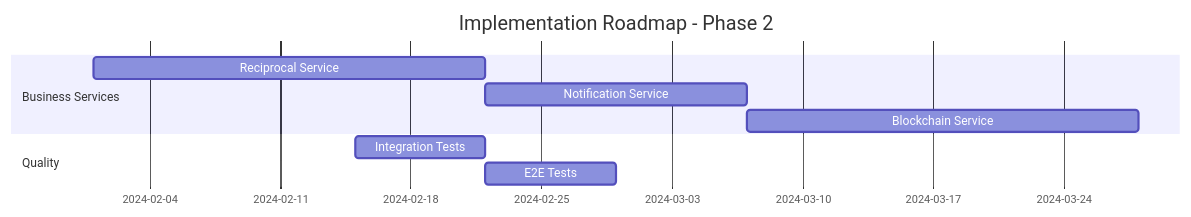
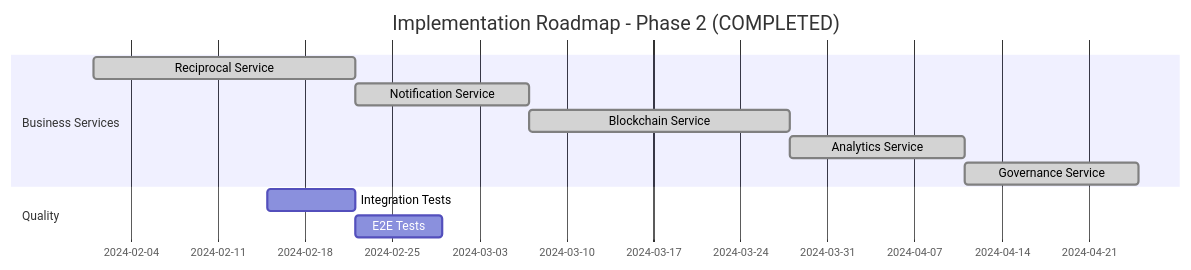
Before and after one commit to OscarAlmgren/reciprocal-clubs-backend: the second of 3 diagrams in docs/SYSTEM_ANALYSIS_AND_RECOMMENDATIONS.md, drawn with Mermaid. The commit also changed other lines of this file, not shown here.

````diff
--- a/docs/SYSTEM_ANALYSIS_AND_RECOMMENDATIONS.md
+++ b/docs/SYSTEM_ANALYSIS_AND_RECOMMENDATIONS.md
@@ -424,13 +452,15 @@
 ```mermaid
 gantt
-    title Implementation Roadmap - Phase 2
+    title Implementation Roadmap - Phase 2 (COMPLETED)
     dateFormat YYYY-MM-DD
     section Business Services
-    Reciprocal Service   :recip1, 2024-02-01, 21d
-    Notification Service :notif1, after recip1, 14d
-    Blockchain Service   :block1, after notif1, 21d
-    
+    Reciprocal Service   :done, recip1, 2024-02-01, 21d
+    Notification Service :done, notif1, after recip1, 14d
+    Blockchain Service   :done, block1, after notif1, 21d
+    Analytics Service    :done, anal1, after block1, 14d
+    Governance Service   :done, gov1, after anal1, 14d
+
     section Quality
     Integration Tests    :int1, 2024-02-15, 7d
     E2E Tests           :e2e1, after int1, 7d
 ```
````
